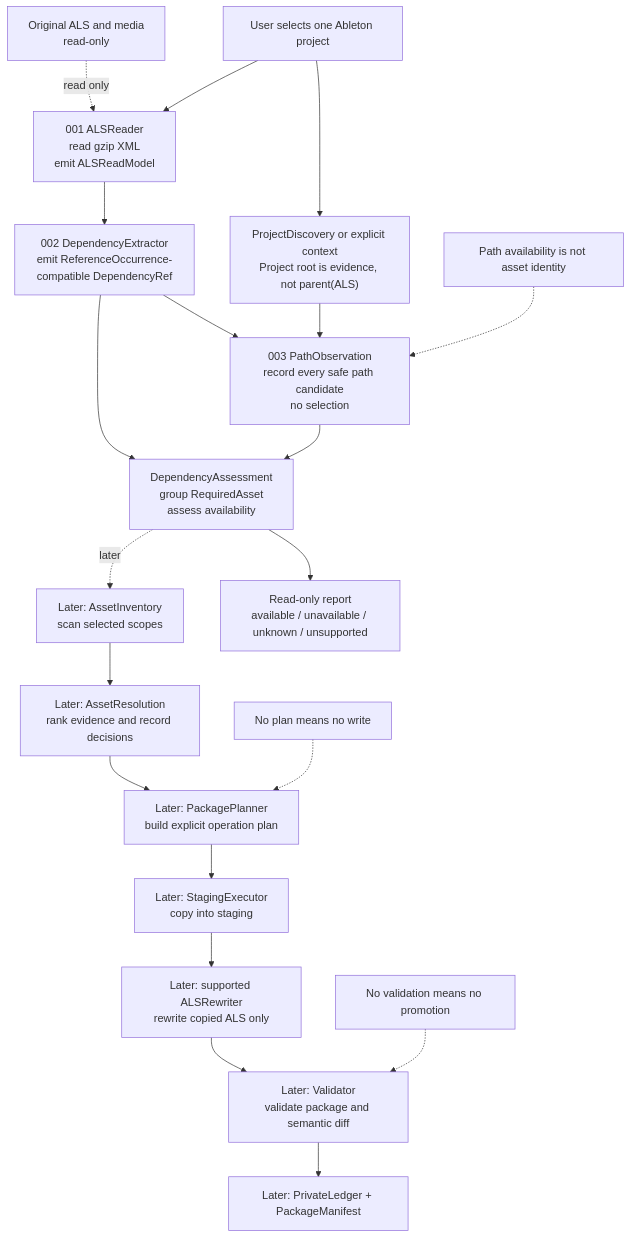
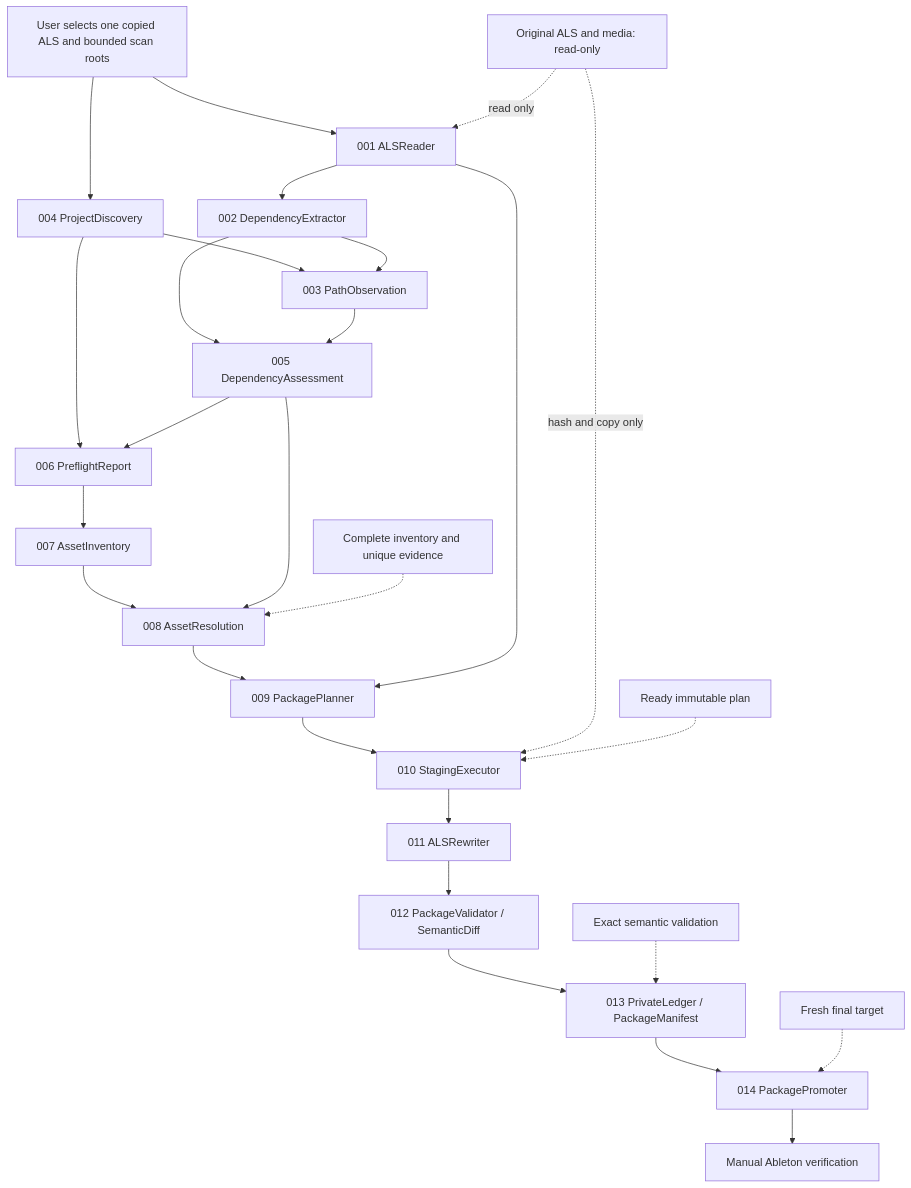
Before and after one commit to AALogic/als-rewrite-lab: the diagram in docs/architecture/diagrams/001-core-pipeline.mmd, drawn with Mermaid. The commit also changed 9 other files, not shown here.

Commit message:
docs: record overnight vertical slice evidence

```diff
--- a/docs/architecture/diagrams/001-core-pipeline.mmd
+++ b/docs/architecture/diagrams/001-core-pipeline.mmd
@@ -1,44 +1,52 @@
 flowchart TD
-    User["User selects one Ableton project"]
-    Context["ProjectDiscovery or explicit context\nProject root is evidence, not parent(ALS)"]
-    ALSReader["001 ALSReader\nread gzip XML\nemit ALSReadModel"]
-    DependencyExtractor["002 DependencyExtractor\nemit ReferenceOccurrence-compatible DependencyRef"]
-    PathObservation["003 PathObservation\nrecord every safe path candidate\nno selection"]
-    DependencyAssessment["DependencyAssessment\ngroup RequiredAsset\nassess availability"]
-    ReadOnlyReport["Read-only report\navailable / unavailable / unknown / unsupported"]
+    User["User selects one copied ALS and bounded scan roots"]
+    Discovery["004 ProjectDiscovery"]
+    Reader["001 ALSReader"]
+    Extractor["002 DependencyExtractor"]
+    Observation["003 PathObservation"]
+    Assessment["005 DependencyAssessment"]
+    Preflight["006 PreflightReport"]
+    Inventory["007 AssetInventory"]
+    Resolution["008 AssetResolution"]
+    Planner["009 PackagePlanner"]
+    Staging["010 StagingExecutor"]
+    Rewriter["011 ALSRewriter"]
+    Validation["012 PackageValidator / SemanticDiff"]
+    Manifest["013 PrivateLedger / PackageManifest"]
+    Promotion["014 PackagePromoter"]
+    Manual["Manual Ableton verification"]
 
-    AssetInventory["Later: AssetInventory\nscan selected scopes"]
-    AssetResolution["Later: AssetResolution\nrank evidence and record decisions"]
-    PackagePlanner["Later: PackagePlanner\nbuild explicit operation plan"]
-    StagingExecutor["Later: StagingExecutor\ncopy into staging"]
-    ALSRewriter["Later: supported ALSRewriter\nrewrite copied ALS only"]
-    Validator["Later: Validator\nvalidate package and semantic diff"]
-    Ledger["Later: PrivateLedger + PackageManifest"]
+    User --> Discovery
+    User --> Reader
+    Discovery --> Observation
+    Reader --> Extractor
+    Extractor --> Observation
+    Extractor --> Assessment
+    Observation --> Assessment
+    Discovery --> Preflight
+    Assessment --> Preflight
+    Preflight --> Inventory
+    Inventory --> Resolution
+    Assessment --> Resolution
+    Resolution --> Planner
+    Reader --> Planner
+    Planner --> Staging
+    Staging --> Rewriter
+    Rewriter --> Validation
+    Validation --> Manifest
+    Manifest --> Promotion
+    Promotion --> Manual
 
-    User --> Context
-    User --> ALSReader
-    Context --> PathObservation
-    ALSReader --> DependencyExtractor
-    DependencyExtractor --> PathObservation
-    DependencyExtractor --> DependencyAssessment
-    PathObservation --> DependencyAssessment
-    DependencyAssessment --> ReadOnlyReport
+    Original["Original ALS and media: read-only"]
+    Original -. "read only" .-> Reader
+    Original -. "hash and copy only" .-> Staging
 
-    DependencyAssessment -. "later" .-> AssetInventory
-    AssetInventory --> AssetResolution
-    AssetResolution --> PackagePlanner
-    PackagePlanner --> StagingExecutor
-    StagingExecutor --> ALSRewriter
-    ALSRewriter --> Validator
-    Validator --> Ledger
+    Gate1["Complete inventory and unique evidence"]
+    Gate2["Ready immutable plan"]
+    Gate3["Exact semantic validation"]
+    Gate4["Fresh final target"]
 
-    Original["Original ALS and media\nread-only"]
-    Original -. "read only" .-> ALSReader
-
-    Safety1["Path availability is not asset identity"]
-    Safety2["No plan means no write"]
-    Safety3["No validation means no promotion"]
-
-    Safety1 -.-> PathObservation
-    Safety2 -.-> PackagePlanner
-    Safety3 -.-> Validator
+    Gate1 -.-> Resolution
+    Gate2 -.-> Staging
+    Gate3 -.-> Manifest
+    Gate4 -.-> Promotion
```
